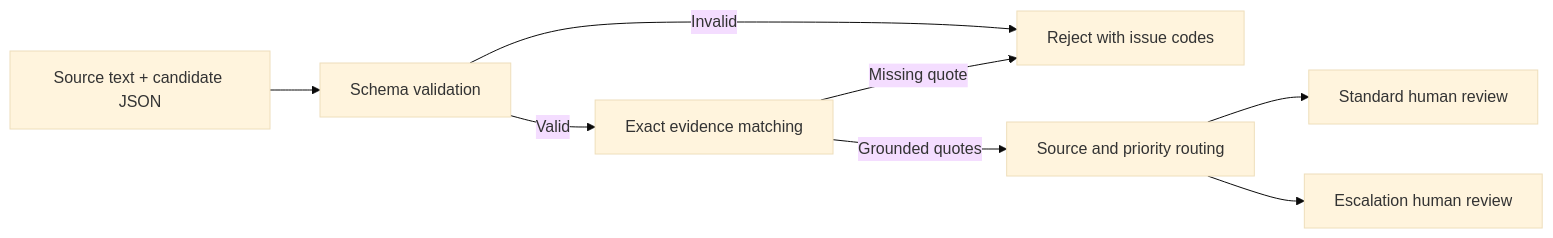
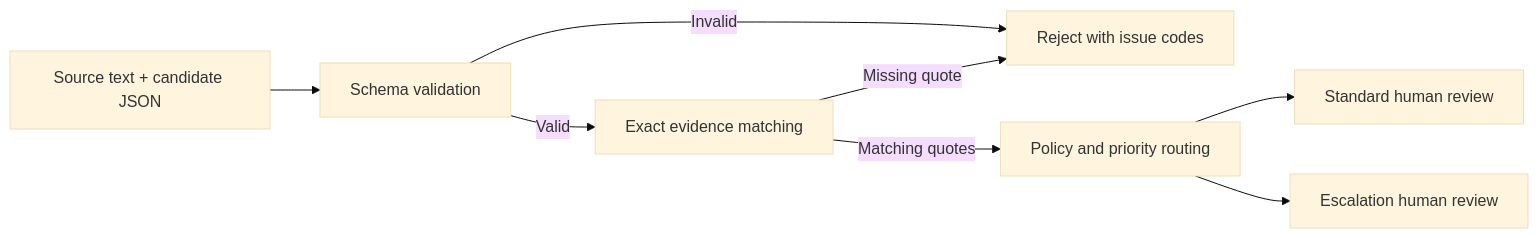
Before and after one commit to leonbede7/intake-eval: the diagram in README.md, drawn with Mermaid (base theme). The commit also changed other lines of this file and 32 other files, not shown here.

Commit message:
Publish triage playground and measured routing policy comparison

````diff
--- a/README.md
+++ b/README.md
@@ -75,10 +116,10 @@
 ```mermaid
 flowchart LR
     A[Source text + candidate JSON] --> B[Schema validation]
     B -->|Invalid| C[Reject with issue codes]
     B -->|Valid| D[Exact evidence matching]
     D -->|Missing quote| C
-    D -->|Grounded quotes| E[Source and priority routing]
+    D -->|Matching quotes| E[Policy and priority routing]
     E --> F[Standard human review]
     E --> G[Escalation human review]
 ```
````
